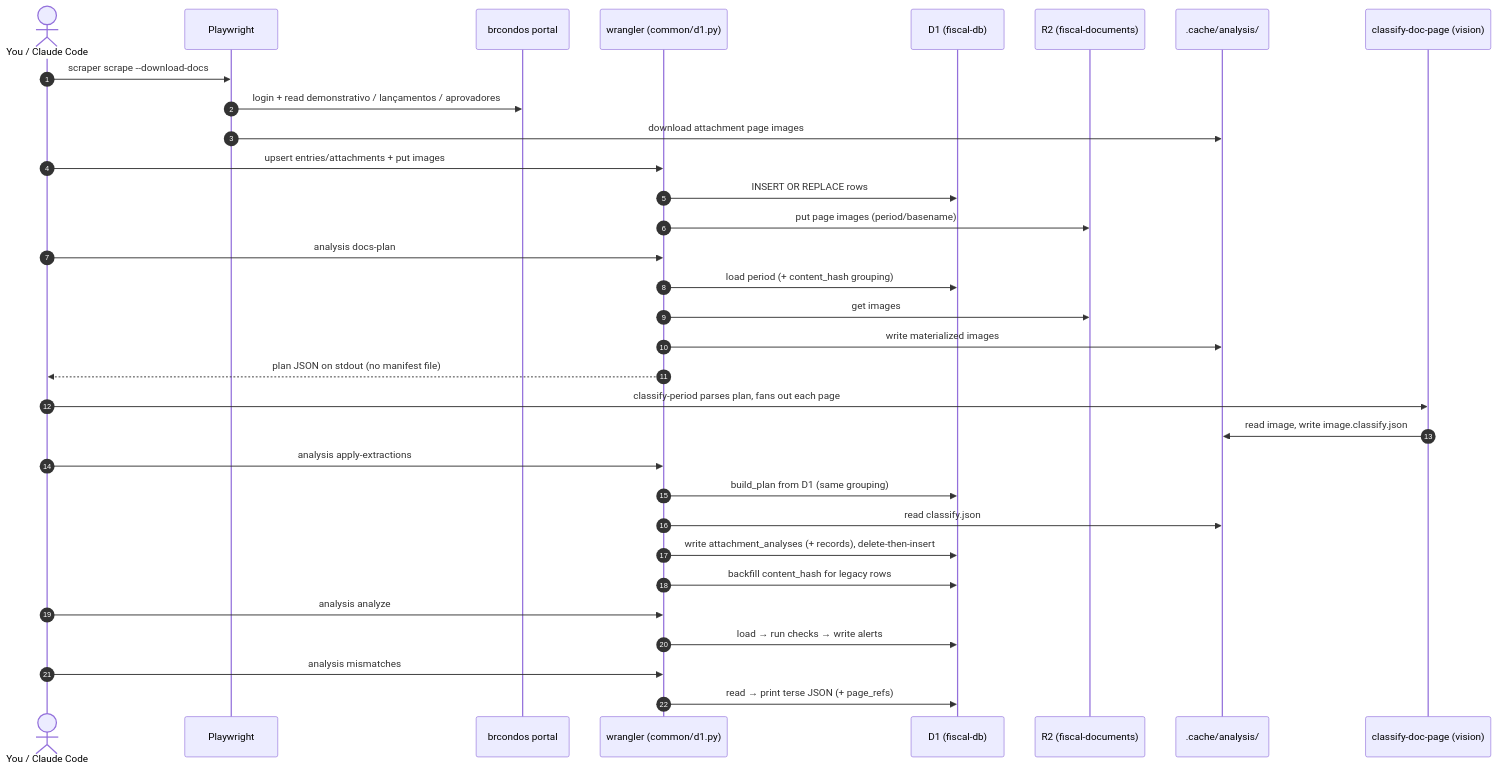
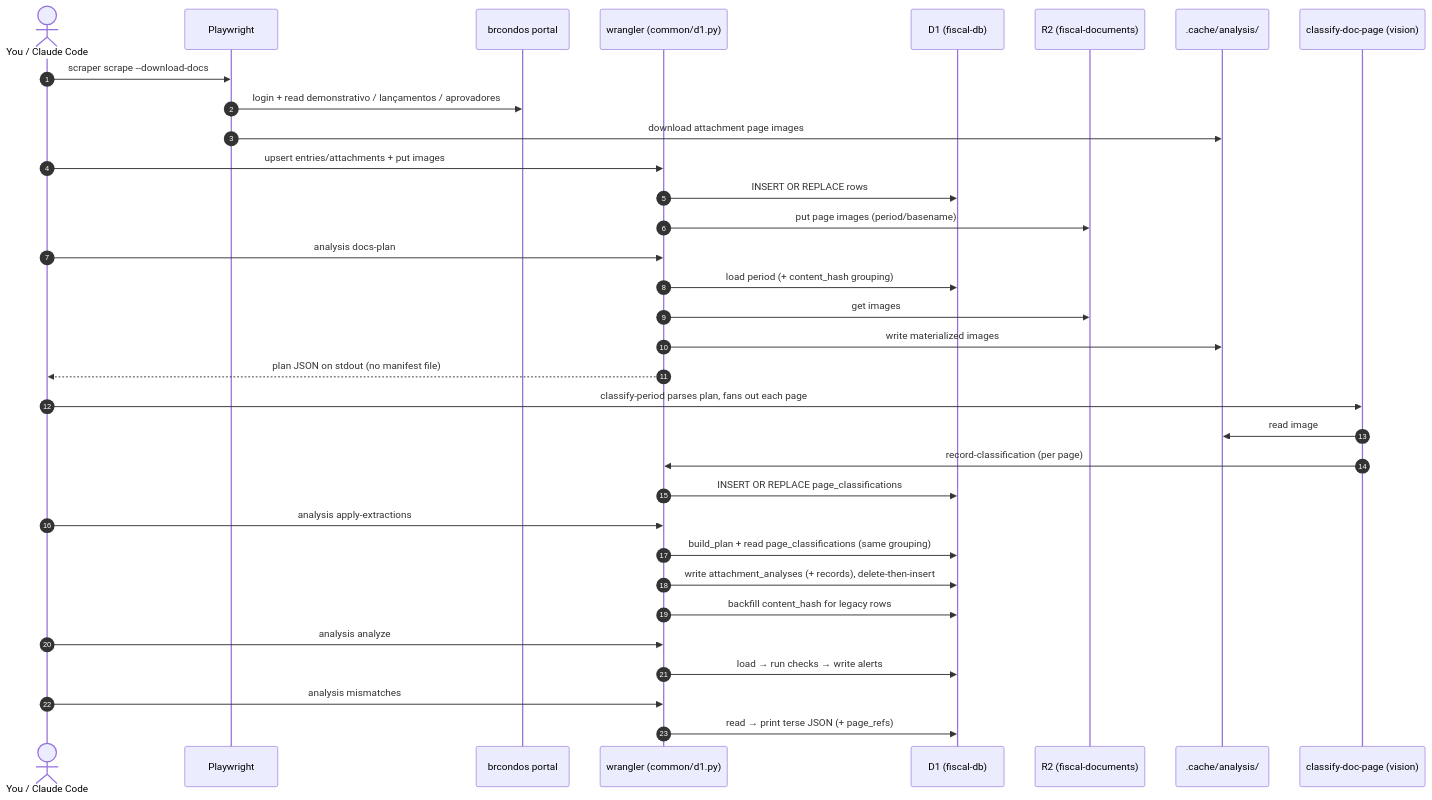
Before and after one commit to Gchahm/svhc-relatorios: the second of 3 diagrams in scripts/pipeline-flow.md, drawn with Mermaid. The commit also changed other lines of this file and 28 other files, not shown here.

First line of the commit message:
feat(017): record per-page classifications to D1; remove .classify.json (#24)

````diff
--- a/scripts/pipeline-flow.md
+++ b/scripts/pipeline-flow.md
@@ -107,39 +105,40 @@
 ```mermaid
 sequenceDiagram
     autonumber
     actor U as You / Claude Code
     participant PW as Playwright
     participant P as brcondos portal
     participant W as wrangler (common/d1.py)
     participant D1 as D1 (fiscal-db)
     participant R2 as R2 (fiscal-documents)
     participant C as .cache/analysis/
     participant V as classify-doc-page (vision)
 
     U->>PW: scraper scrape --download-docs
     PW->>P: login + read demonstrativo / lançamentos / aprovadores
     PW->>C: download attachment page images
     U->>W: upsert entries/attachments + put images
     W->>D1: INSERT OR REPLACE rows
     W->>R2: put page images (period/basename)
 
     U->>W: analysis docs-plan
     W->>D1: load period (+ content_hash grouping)
     W->>R2: get images
     W->>C: write materialized images
     W-->>U: plan JSON on stdout (no manifest file)
 
     U->>V: classify-period parses plan, fans out each page
-    V->>C: read image, write image.classify.json
+    V->>C: read image
+    V->>W: record-classification (per page)
+    W->>D1: INSERT OR REPLACE page_classifications
 
     U->>W: analysis apply-extractions
-    W->>D1: build_plan from D1 (same grouping)
-    W->>C: read classify.json
+    W->>D1: build_plan + read page_classifications (same grouping)
     W->>D1: write attachment_analyses (+ records), delete-then-insert
     W->>D1: backfill content_hash for legacy rows
 
     U->>W: analysis analyze
     W->>D1: load → run checks → write alerts
     U->>W: analysis mismatches
     W->>D1: read → print terse JSON (+ page_refs)
 ```
````
